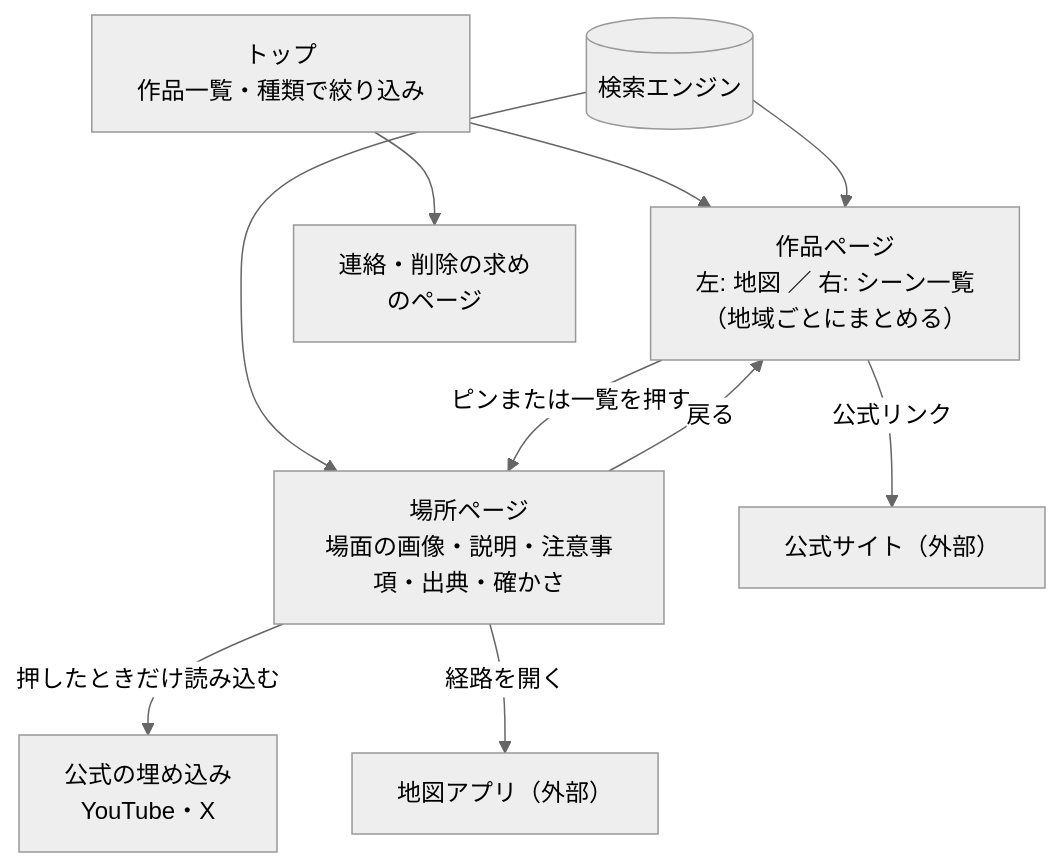
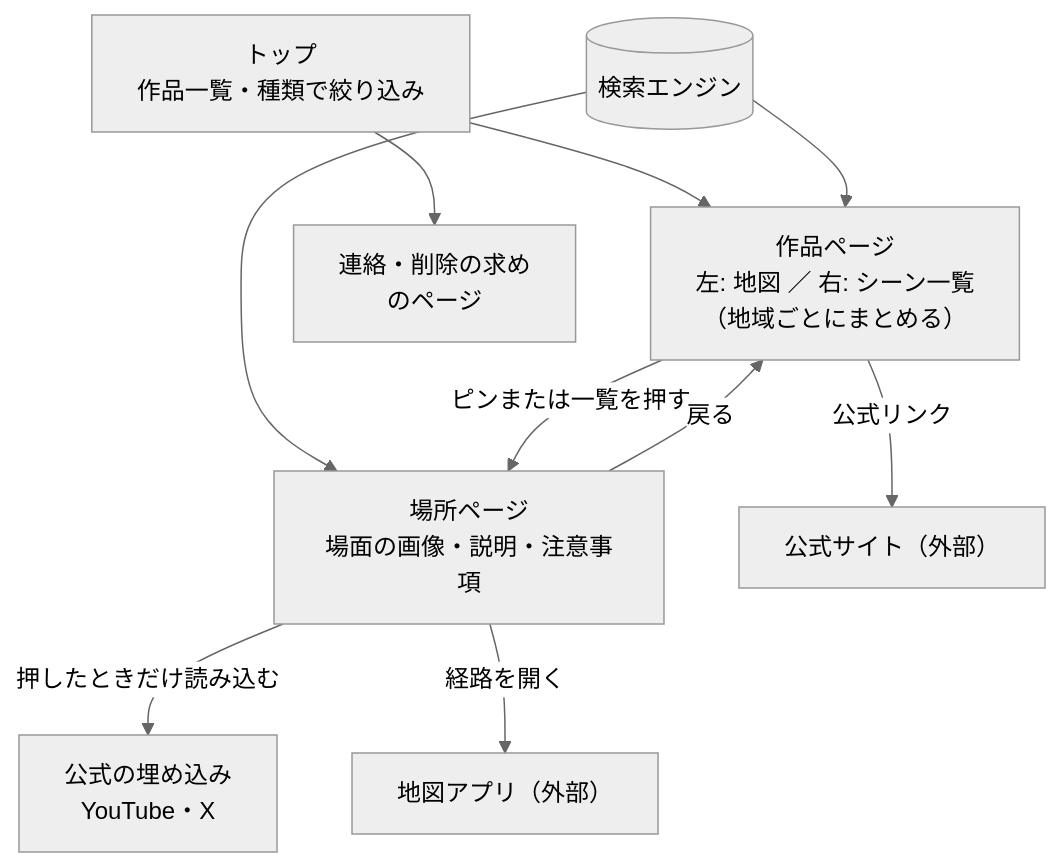
The second of 3 diagrams in docs/spec/01_spec.md (scenetrail/scenetrail.github.io), drawn with Mermaid (neutral theme) before and after one commit. The commit also changed other lines of this file and 3 other files, not shown here.

````diff
--- a/docs/spec/01_spec.md
+++ b/docs/spec/01_spec.md
@@ -73,12 +74,12 @@
 ```mermaid
 flowchart TD
   T[トップ<br/>作品一覧・種類で絞り込み] --> W[作品ページ<br/>左: 地図 ／ 右: シーン一覧<br/>（地域ごとにまとめる）]
   S[(検索エンジン)] --> W
   S --> L
-  W -- ピンまたは一覧を押す --> L[場所ページ<br/>場面の画像・説明・注意事項・出典・確かさ]
+  W -- ピンまたは一覧を押す --> L[場所ページ<br/>場面の画像・説明・注意事項]
   L -- 戻る --> W
   L -- 押したときだけ読み込む --> E[公式の埋め込み<br/>YouTube・X]
   W -- 公式リンク --> O[公式サイト（外部）]
   L -- 経路を開く --> G[地図アプリ（外部）]
   T --> C[連絡・削除の求め<br/>のページ]
 ```
````
